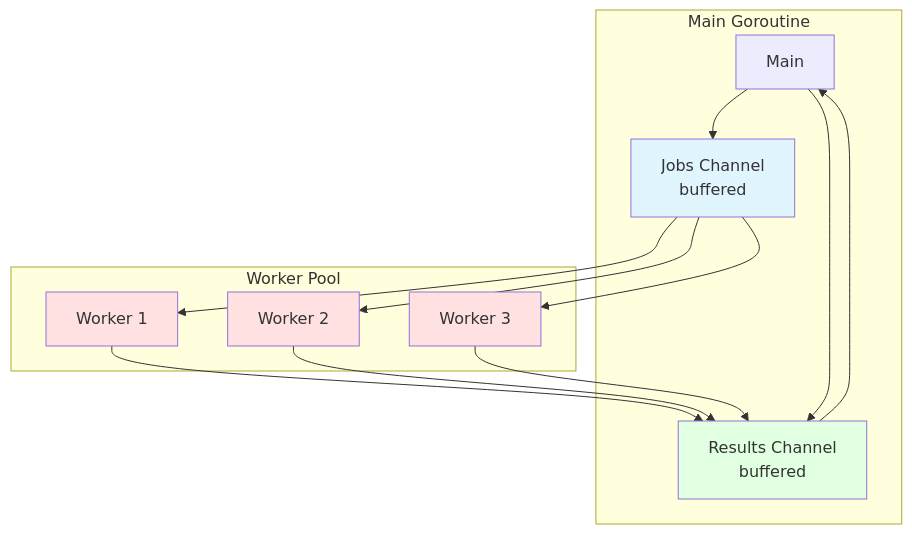
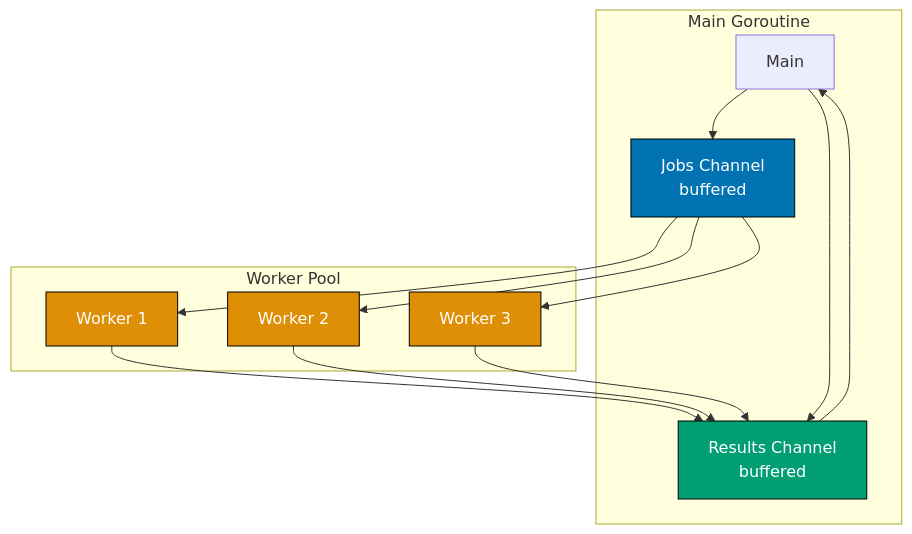
One commit to wahidyankf/open-sharia-enterprise changed the second of 4 diagrams in docs/tutorials/software-engineering/programming-languages/golang/tu-soen-prla-gola__cookbook.md. Above: the diagram before and after it, drawn with Mermaid. The commit also changed other lines of this file and 22 other files, not shown here.

First line of the commit message:
docs(diagrams): ensure all mermaid diagrams use color-blind friendly palette

````diff
--- a/docs/tutorials/software-engineering/programming-languages/golang/tu-soen-prla-gola__cookbook.md
+++ b/docs/tutorials/software-engineering/programming-languages/golang/tu-soen-prla-gola__cookbook.md
@@ -414,29 +424,29 @@
 ```mermaid
 graph TB
     subgraph "Main Goroutine"
         M[Main] --> JC[Jobs Channel<br/>buffered]
         M --> RC[Results Channel<br/>buffered]
     end
 
     subgraph "Worker Pool"
         W1[Worker 1]
         W2[Worker 2]
         W3[Worker 3]
     end
 
     JC --> W1
     JC --> W2
     JC --> W3
 
     W1 --> RC
     W2 --> RC
     W3 --> RC
 
     RC --> M
 
-    style JC fill:#e1f5ff
-    style RC fill:#e1ffe1
-    style W1 fill:#ffe1e1
-    style W2 fill:#ffe1e1
-    style W3 fill:#ffe1e1
+    style JC fill:#0173B2,stroke:#000000,color:#FFFFFF
+    style RC fill:#029E73,stroke:#000000,color:#FFFFFF
+    style W1 fill:#DE8F05,stroke:#000000,color:#FFFFFF
+    style W2 fill:#DE8F05,stroke:#000000,color:#FFFFFF
+    style W3 fill:#DE8F05,stroke:#000000,color:#FFFFFF
 ```
````
